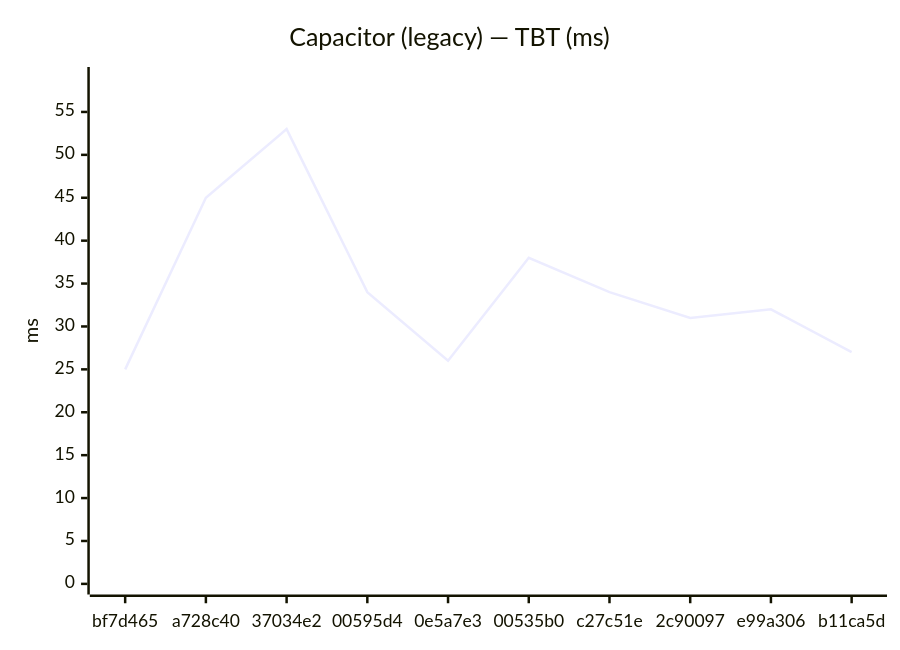
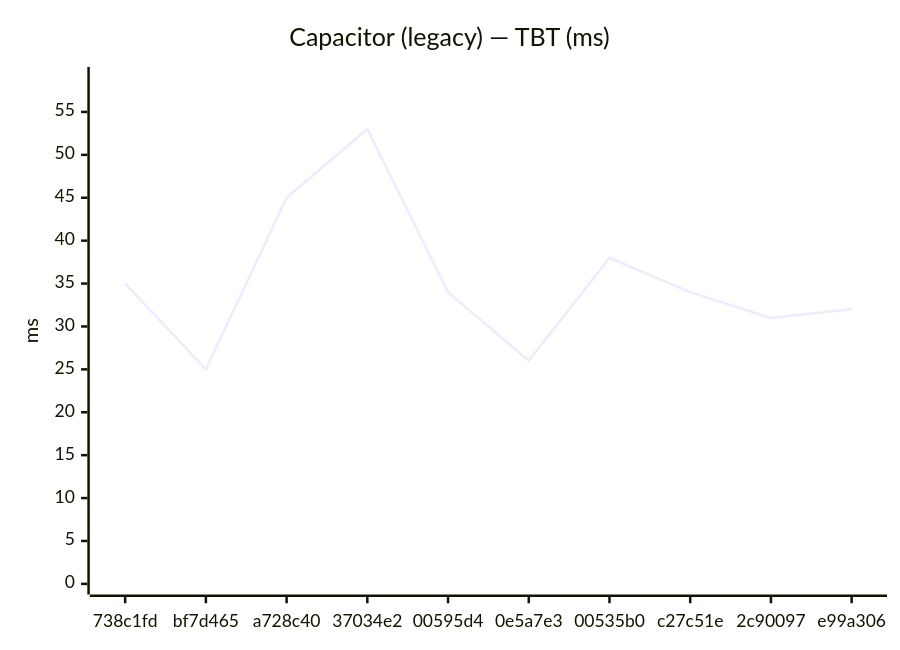
The sixth of 24 diagrams in benchmarks/compare.md (Metaheurist/Rianell), drawn with Mermaid before and after one commit. The commit also changed other lines of this file and 13 other files, not shown here.

````diff
--- a/benchmarks/compare.md
+++ b/benchmarks/compare.md
@@ -91,7 +91,7 @@
 ```mermaid
 xychart-beta
     title "Capacitor (legacy) — TBT (ms)"
-    x-axis ["bf7d465", "a728c40", "37034e2", "00595d4", "0e5a7e3", "00535b0", "c27c51e", "2c90097", "e99a306", "b11ca5d"]
+    x-axis ["738c1fd", "bf7d465", "a728c40", "37034e2", "00595d4", "0e5a7e3", "00535b0", "c27c51e", "2c90097", "e99a306"]
     y-axis "ms" 0 --> 59
-    line [25, 45, 53, 34, 26, 38, 34, 31, 32, 27]
+    line [35, 25, 45, 53, 34, 26, 38, 34, 31, 32]
 ```
````
